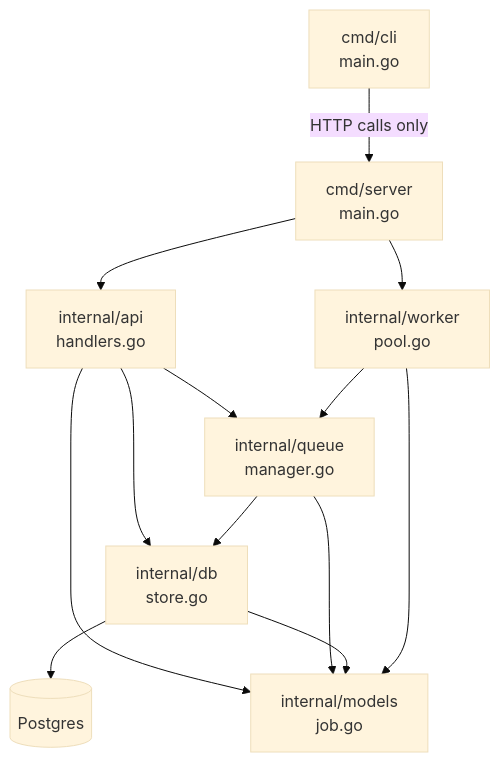
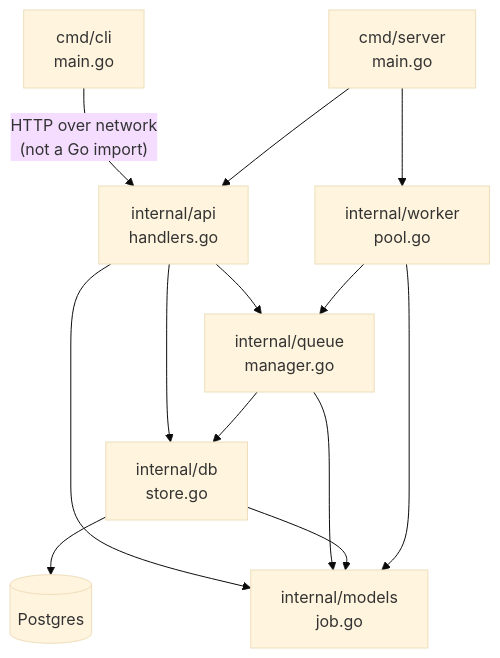
One commit to aman7401/taskqueue changed the first of 6 diagrams in docs/LLD.md. Above: the diagram before and after it, drawn with Mermaid (base theme). The commit also changed other lines of this file and 1 other file, not shown here.

````diff
--- a/docs/LLD.md
+++ b/docs/LLD.md
@@ -5,24 +5,24 @@
 ```mermaid
 graph TD
     CLI["cmd/cli\nmain.go"]
     SRV["cmd/server\nmain.go"]
     API["internal/api\nhandlers.go"]
     Q["internal/queue\nmanager.go"]
     W["internal/worker\npool.go"]
     DB["internal/db\nstore.go"]
     M["internal/models\njob.go"]
     PG[("Postgres")]
 
-    CLI -->|HTTP calls only| SRV
+    CLI -->|"HTTP over network\n(not a Go import)"| API
     SRV --> API
     SRV --> W
     API --> Q
     API --> DB
     W --> Q
     Q --> DB
     DB --> PG
     API --> M
     Q --> M
     DB --> M
     W --> M
 ```
````
